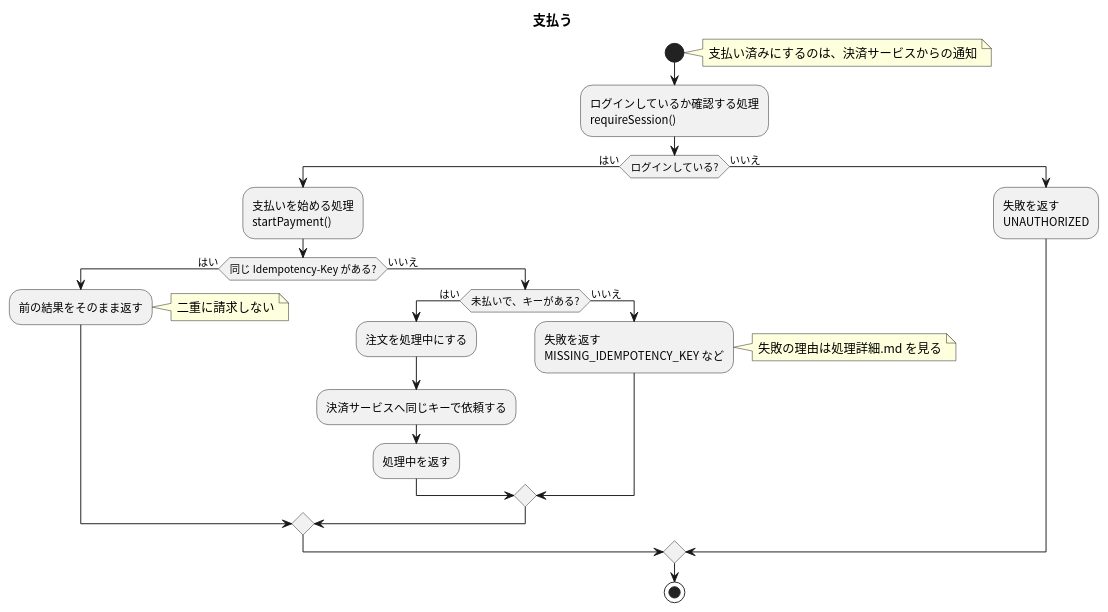
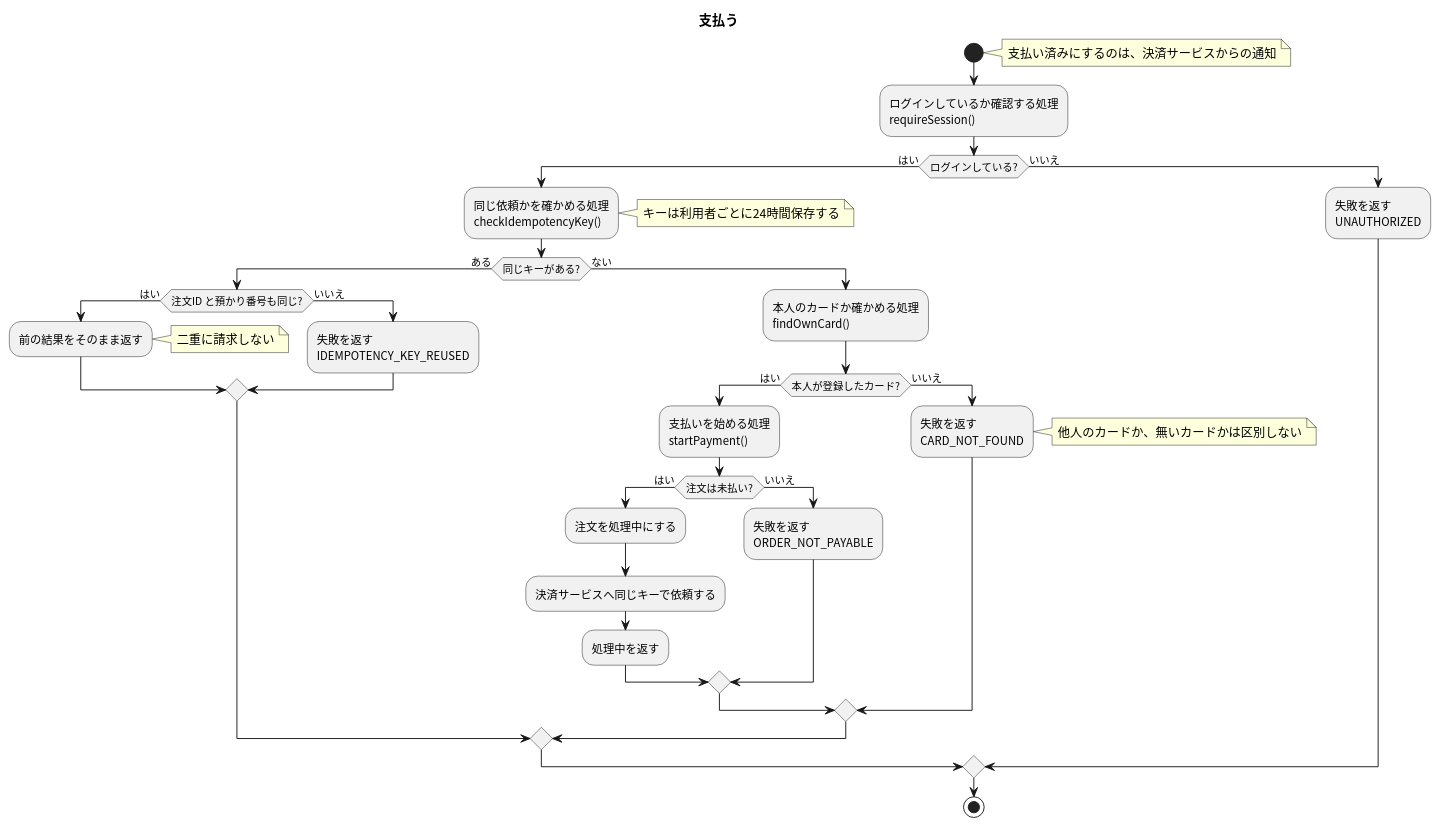
Before and after one commit to masamasamasato/design-doc-template: the diagram in apis/create-payment/flow.puml, drawn with PlantUML. The commit also changed 57 other files, not shown here.

```diff
--- a/apis/create-payment/flow.puml
+++ b/apis/create-payment/flow.puml
@@ -3,30 +3,41 @@
 @startuml
 skinparam shadowing false
 skinparam defaultFontName "Noto Sans CJK JP"
 skinparam ActivityFontName "Noto Sans CJK JP"
 
 title 支払う
 
 start
 note right: 支払い済みにするのは、決済サービスからの通知
 :ログインしているか確認する処理\nrequireSession();
 if (ログインしている?) then (はい)
-  :支払いを始める処理\nstartPayment();
-  if (同じ Idempotency-Key がある?) then (はい)
-    :前の結果をそのまま返す;
-    note right: 二重に請求しない
-  else (いいえ)
-    if (未払いで、キーがある?) then (はい)
-      :注文を処理中にする;
-      :決済サービスへ同じキーで依頼する;
-      :処理中を返す;
+  :同じ依頼かを確かめる処理\ncheckIdempotencyKey();
+  note right: キーは利用者ごとに24時間保存する
+  if (同じキーがある?) then (ある)
+    if (注文ID と預かり番号も同じ?) then (はい)
+      :前の結果をそのまま返す;
+      note right: 二重に請求しない
     else (いいえ)
-      :失敗を返す\nMISSING_IDEMPOTENCY_KEY など;
-      note right: 失敗の理由は処理詳細.md を見る
+      :失敗を返す\nIDEMPOTENCY_KEY_REUSED;
+    endif
+  else (ない)
+    :本人のカードか確かめる処理\nfindOwnCard();
+    if (本人が登録したカード?) then (はい)
+      :支払いを始める処理\nstartPayment();
+      if (注文は未払い?) then (はい)
+        :注文を処理中にする;
+        :決済サービスへ同じキーで依頼する;
+        :処理中を返す;
+      else (いいえ)
+        :失敗を返す\nORDER_NOT_PAYABLE;
+      endif
+    else (いいえ)
+      :失敗を返す\nCARD_NOT_FOUND;
+      note right: 他人のカードか、無いカードかは区別しない
     endif
   endif
 else (いいえ)
   :失敗を返す\nUNAUTHORIZED;
 endif
 stop
 @enduml
```
